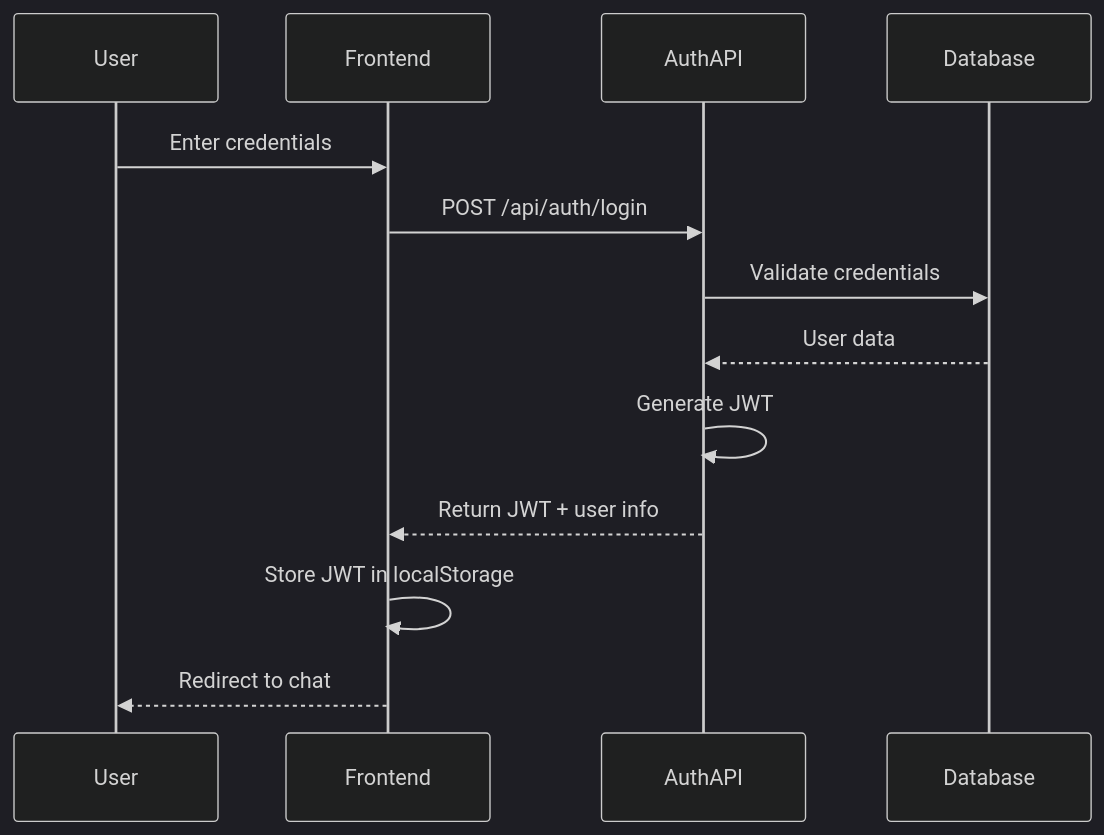
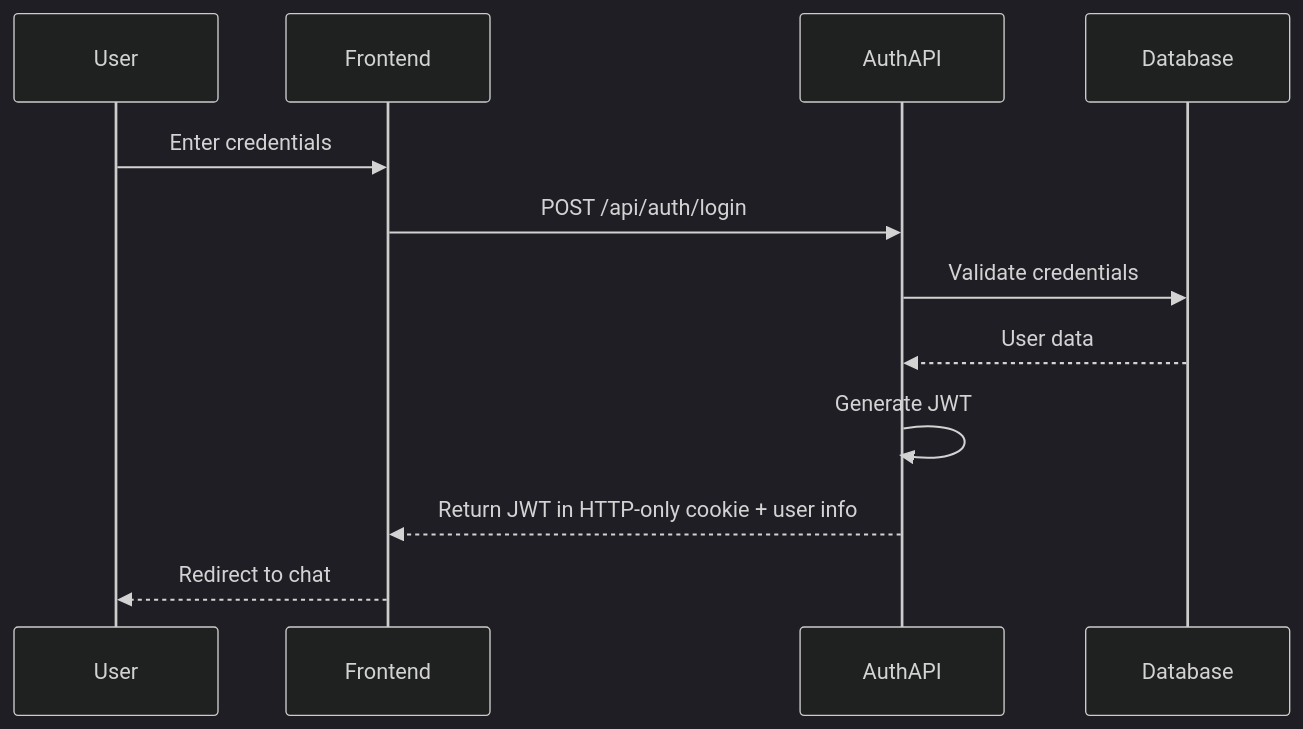
Before and after one commit to MayankB1708/Converge: the second of 5 diagrams in README.md, drawn with Mermaid (dark theme). The commit also changed other lines of this file, not shown here.

Commit message:
Revise README for user auth and API updates

````diff
--- a/README.md
+++ b/README.md
@@ -90,16 +90,15 @@
 ```mermaid
 sequenceDiagram
     participant User
     participant Frontend
     participant AuthAPI
     participant Database
     
     User->>Frontend: Enter credentials
     Frontend->>AuthAPI: POST /api/auth/login
     AuthAPI->>Database: Validate credentials
     Database-->>AuthAPI: User data
     AuthAPI->>AuthAPI: Generate JWT
-    AuthAPI-->>Frontend: Return JWT + user info
-    Frontend->>Frontend: Store JWT in localStorage
+    AuthAPI-->>Frontend: Return JWT in HTTP-only cookie + user info
     Frontend-->>User: Redirect to chat
 ```
````
